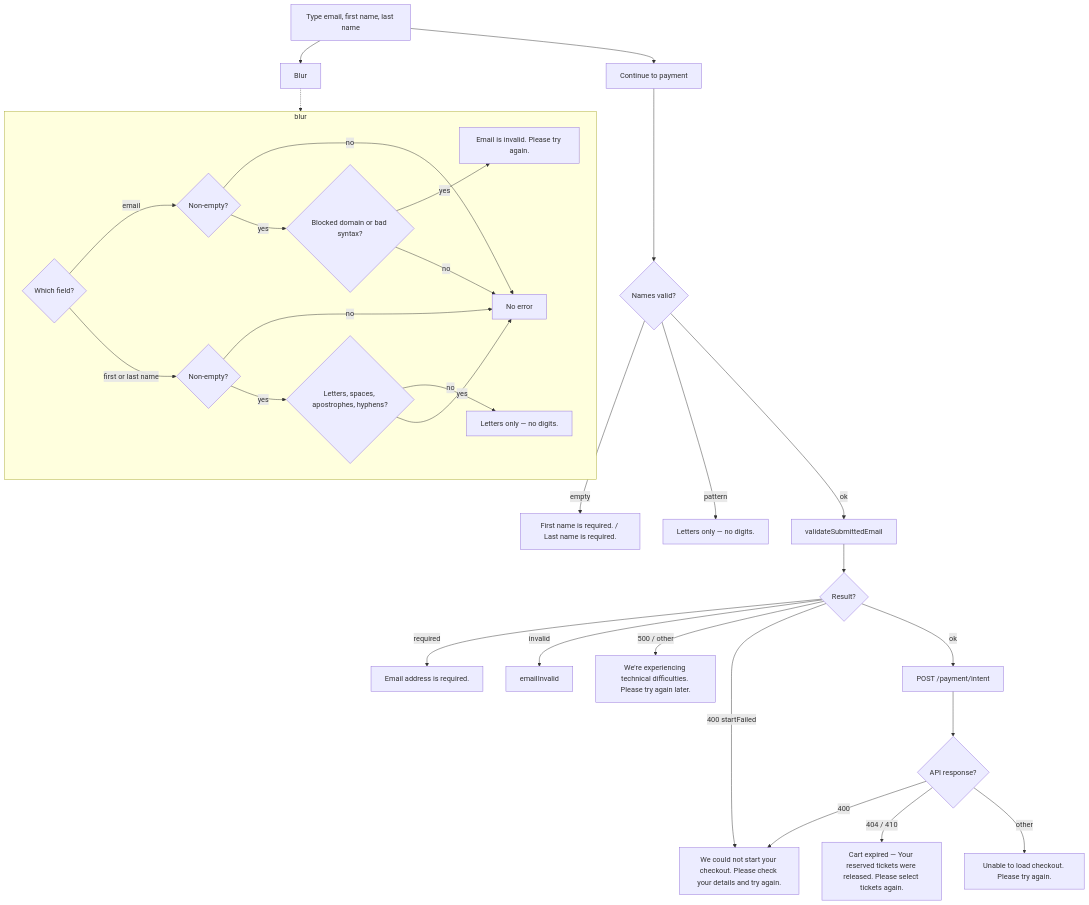
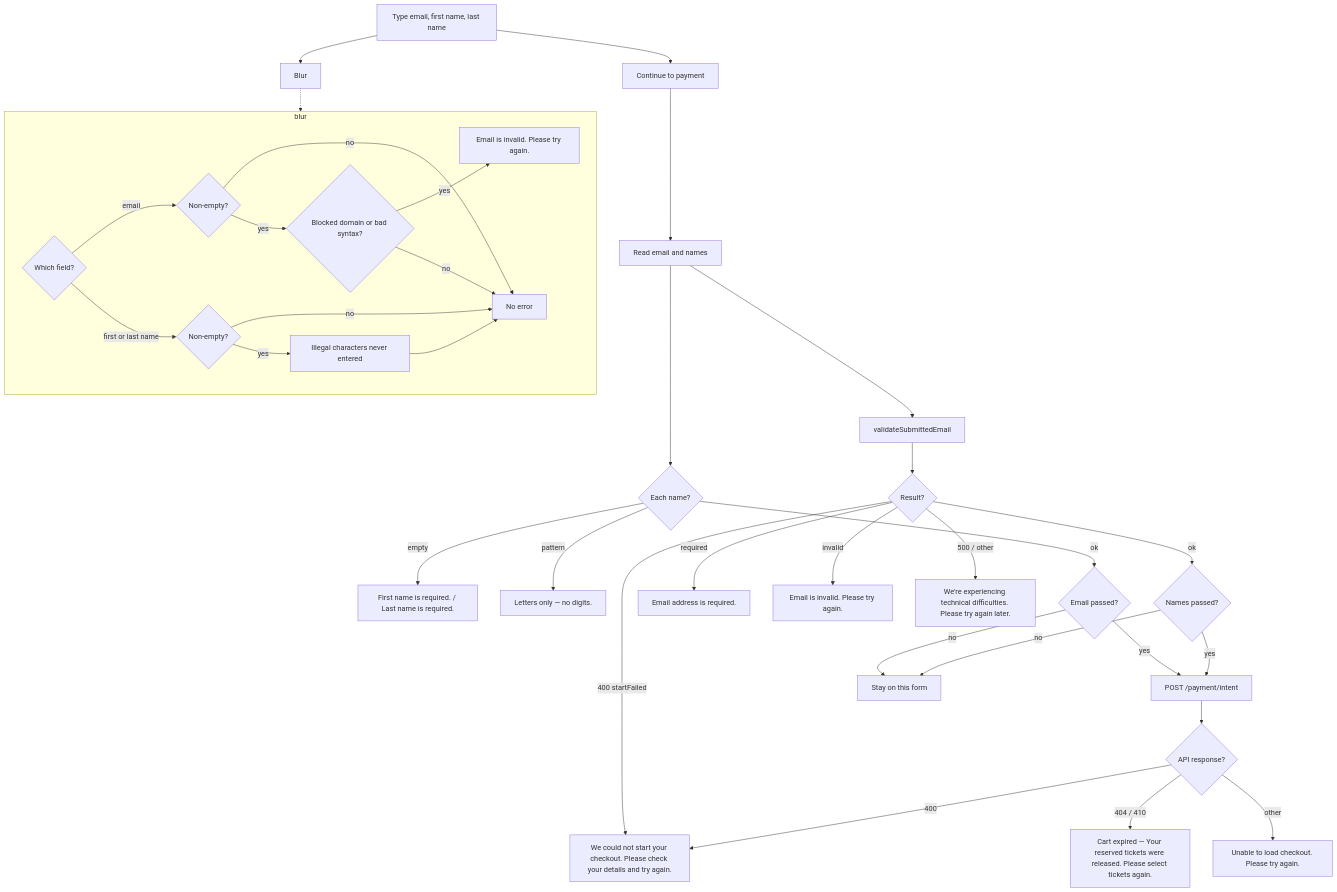
The diagram in docs/guest-contact-validations.mmd (CRE8Interactions/frontend-buyer-app), drawn with Mermaid before and after one commit. The commit also changed 5 other files, not shown here.

```diff
--- a/docs/guest-contact-validations.mmd
+++ b/docs/guest-contact-validations.mmd
@@ -1,93 +1,106 @@
 %% Guest contact — checkout "Where should we send your tickets?"
 
 %% Source: components/organisms/GuestContact.tsx, lib/submitEmailValidation.ts,
 
 %%         lib/fieldValidation.ts, lib/guestCheckout.ts
 
 %% API:    blocktickets POST /registration/validate-email
 
 %%         blocktickets POST /payment/intent (after this form ok)
 
 %% Blur: optional hint on a non-empty field only. Empty blur is quiet.
 
-%% Submit: names are checked locally; email uses validateSubmittedEmail.
+%% Submit: names and email are checked together. validateSubmittedEmail runs
+
+%% even when a name fails. Every failing field shows its message. Nothing
+
+%% continues until names and email all pass.
 
 %% Continue stays clickable when a field is empty.
+
+%% Name fields only keep letters, spaces, apostrophes, and hyphens while
+
+%% typing, so blur does not show the pattern message from typing.
 
 %% --- Blur ---
 
 %% | Field | Empty blur | Non-empty invalid |
 
 %% | Email | (no error) | Email is invalid. Please try again. |
 
-%% | First name | (no error) | Letters only — no digits. |
+%% | First name | (no error) | (illegal characters never enter the field) |
 
-%% | Last name | (no error) | Letters only — no digits. |
+%% | Last name | (no error) | (illegal characters never enter the field) |
 
 %% --- Submit — client (before / with validateSubmittedEmail) ---
 
 %% | Field | Empty | Non-empty invalid |
 
 %% | Email | Email address is required. | Email is invalid. Please try again. |
 
 %% | First name | First name is required. | Letters only — no digits. |
 
 %% | Last name | Last name is required. | Letters only — no digits. |
 
 %% --- POST /registration/validate-email ---
 
 %% | Status | API message / body | Displayed copy |
 
 %% | 200 | Invalid (or Risky with suggestion) | Email is invalid. Please try again. |
 
 %% | 400 | (any) | We could not start your checkout. Please check your details and try again. |
 
 %% | 402 | Bad email | Email is invalid. Please try again. |
 
 %% | 500 / other | (any other) | We're experiencing technical difficulties. Please try again later. |
 
 %% --- POST /payment/intent ---
 
 %% GuestContact maps 400 to start-failed copy. Other intent errors are rethrown
 
 %% and handled by checkout (same as signed-in intent).
 
 %% | Status | API meaning | Displayed copy |
 
 %% | 400 | Details rejected | We could not start your checkout. Please check your details and try again. |
 
 %% | 404 / 410 | Cart gone | Cart expired popup — Your reserved tickets were released. Please select tickets again. |
 
 %% | other | Load failed | Unable to load checkout. Please try again. |
 
 flowchart TD
   typeFields[Type email, first name, last name] --> blurField[Blur]
   subgraph blurValidations [blur]
     bWhich{Which field?}
     bWhich -->|email| bEmailEmpty{Non-empty?}
     bEmailEmpty -->|no| bQuiet[No error]
     bEmailEmpty -->|yes| bEmailOk{Blocked domain or bad syntax?}
     bEmailOk -->|yes| bEmailInvalid["Email is invalid. Please try again."]
     bEmailOk -->|no| bQuiet
     bWhich -->|first or last name| bNameEmpty{Non-empty?}
     bNameEmpty -->|no| bQuiet
-    bNameEmpty -->|yes| bNameOk{Letters, spaces, apostrophes, hyphens?}
-    bNameOk -->|no| bNameInvalid["Letters only — no digits."]
-    bNameOk -->|yes| bQuiet
+    bNameEmpty -->|yes| bNameKept[Illegal characters never entered]
+    bNameKept --> bQuiet
   end
   blurField -.-> blurValidations
   typeFields --> continue[Continue to payment]
-  continue --> names{Names valid?}
+  continue --> readDom[Read email and names]
+  readDom --> names{Each name?}
+  readDom --> validateEmail[validateSubmittedEmail]
   names -->|empty| nameRequired["First name is required. / Last name is required."]
   names -->|pattern| nameInvalid["Letters only — no digits."]
-  names -->|ok| validateEmail[validateSubmittedEmail]
+  names -->|ok| emailAlso{Email passed?}
   validateEmail --> emailFail{Result?}
   emailFail -->|required| emailRequired["Email address is required."]
-  emailFail -->|invalid| emailInvalid
+  emailFail -->|invalid| emailInvalid["Email is invalid. Please try again."]
   emailFail -->|400 startFailed| startFailed["We could not start your checkout. Please check your details and try again."]
   emailFail -->|500 / other| network["We're experiencing technical difficulties. Please try again later."]
-  emailFail -->|ok| intent[POST /payment/intent]
+  emailFail -->|ok| namesAlso{Names passed?}
+  emailAlso -->|yes| intent[POST /payment/intent]
+  emailAlso -->|no| stay[Stay on this form]
+  namesAlso -->|yes| intent
+  namesAlso -->|no| stay
   intent --> intentFail{API response?}
   intentFail -->|400| startFailed
   intentFail -->|404 / 410| cartExpired["Cart expired — Your reserved tickets were released. Please select tickets again."]
   intentFail -->|other| loadError["Unable to load checkout. Please try again."]
```
